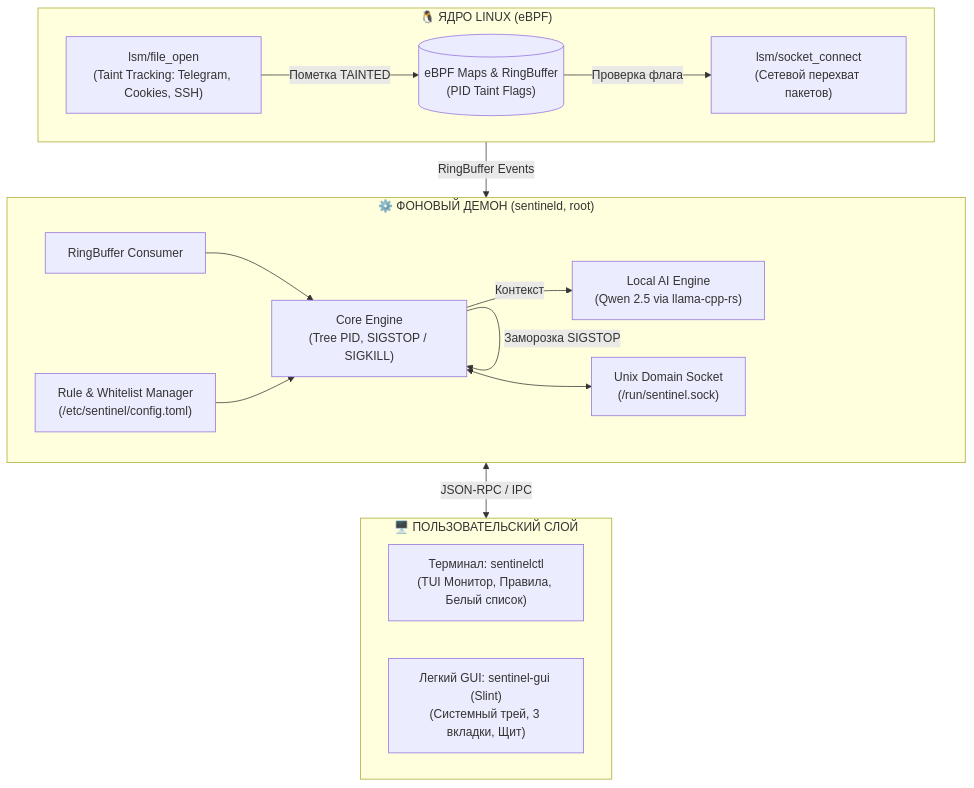
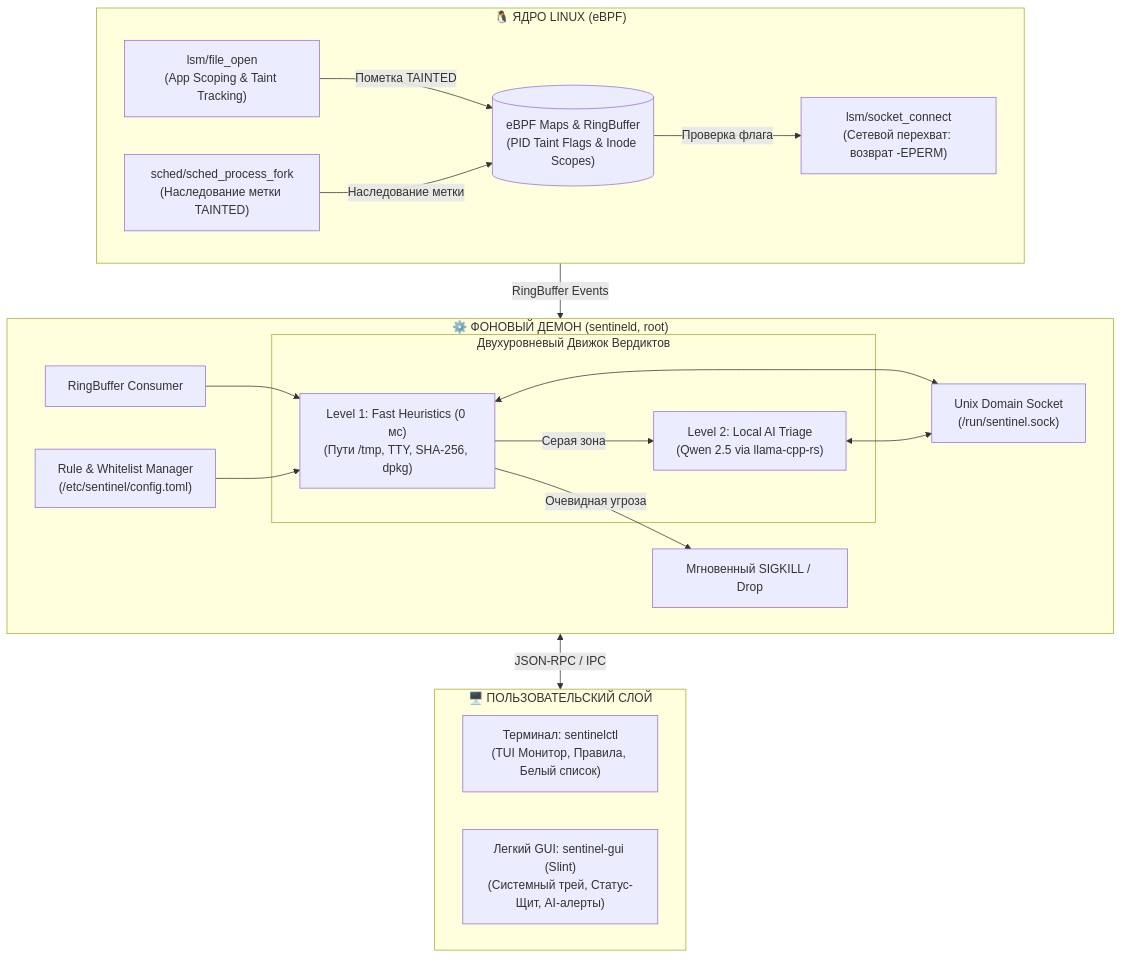
Before and after one commit to woifik560/sentinel-rs: the diagram in README.md, drawn with Mermaid. The commit also changed other lines of this file and 2 other files, not shown here.

Commit message:
docs: update architecture to v1.2 with tiered triage, app scoping and non-blocking network drop

````diff
--- a/README.md
+++ b/README.md
@@ -44,33 +47,40 @@
 ```mermaid
 flowchart TD
     subgraph Kernel["🐧 ЯДРО LINUX (eBPF)"]
-        LSM_FILE["lsm/file_open<br/>(Taint Tracking: Telegram, Cookies, SSH)"]
-        LSM_NET["lsm/socket_connect<br/>(Сетевой перехват пакетов)"]
-        MAPS[("eBPF Maps & RingBuffer<br/>(PID Taint Flags)")]
+        LSM_FILE["lsm/file_open<br/>(App Scoping & Taint Tracking)"]
+        FORK["sched/sched_process_fork<br/>(Наследование метки TAINTED)"]
+        LSM_NET["lsm/socket_connect<br/>(Сетевой перехват: возврат -EPERM)"]
+        MAPS[("eBPF Maps & RingBuffer<br/>(PID Taint Flags & Inode Scopes)")]
         
         LSM_FILE -->|Пометка TAINTED| MAPS
+        FORK -->|Наследование метки| MAPS
         MAPS -->|Проверка флага| LSM_NET
     end
 
     subgraph Daemon["⚙️ ФОНОВЫЙ ДЕМОН (sentineld, root)"]
         RING_BUF["RingBuffer Consumer"]
-        CORE_ENG["Core Engine<br/>(Tree PID, SIGSTOP / SIGKILL)"]
-        AI_ENG["Local AI Engine<br/>(Qwen 2.5 via llama-cpp-rs)"]
+        
+        subgraph TieredEngine["Двухуровневый Движок Вердиктов"]
+            L1["Level 1: Fast Heuristics (0 мс)<br/>(Пути /tmp, TTY, SHA-256, dpkg)"]
+            L2["Level 2: Local AI Triage<br/>(Qwen 2.5 via llama-cpp-rs)"]
+        end
+        
         CONFIG["Rule & Whitelist Manager<br/>(/etc/sentinel/config.toml)"]
         IPC_SOCK["Unix Domain Socket<br/>(/run/sentinel.sock)"]
 
-        RING_BUF --> CORE_ENG
-        CORE_ENG -->|Заморозка SIGSTOP| CORE_ENG
-        CORE_ENG -->|Контекст| AI_ENG
-        CONFIG --> CORE_ENG
-        CORE_ENG <--> IPC_SOCK
+        RING_BUF --> L1
+        L1 -->|Очевидная угроза| KILL["Мгновенный SIGKILL / Drop"]
+        L1 -->|Серая зона| L2
+        CONFIG --> L1
+        L1 <--> IPC_SOCK
+        L2 <--> IPC_SOCK
     end
 
     subgraph Clients["🖥️ ПОЛЬЗОВАТЕЛЬСКИЙ СЛОЙ"]
         CLI["Терминал: sentinelctl<br/>(TUI Монитор, Правила, Белый список)"]
-        GUI["Легкий GUI: sentinel-gui (Slint)<br/>(Системный трей, 3 вкладки, Щит)"]
+        GUI["Легкий GUI: sentinel-gui (Slint)<br/>(Системный трей, Статус-Щит, AI-алерты)"]
     end
 
     Kernel -->|RingBuffer Events| Daemon
     Daemon <-->|JSON-RPC / IPC| Clients
 ```
````
